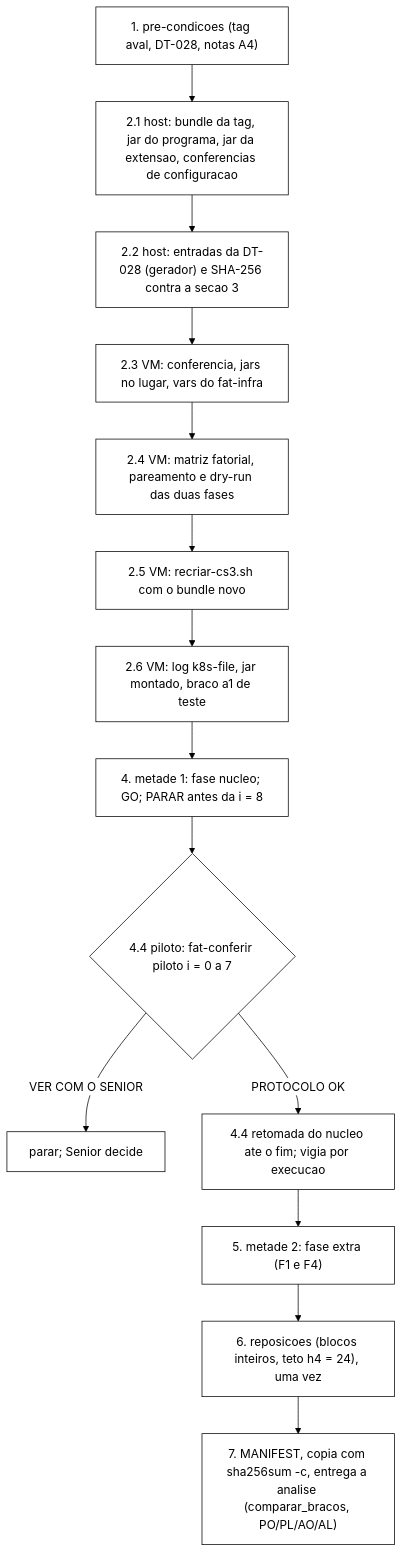
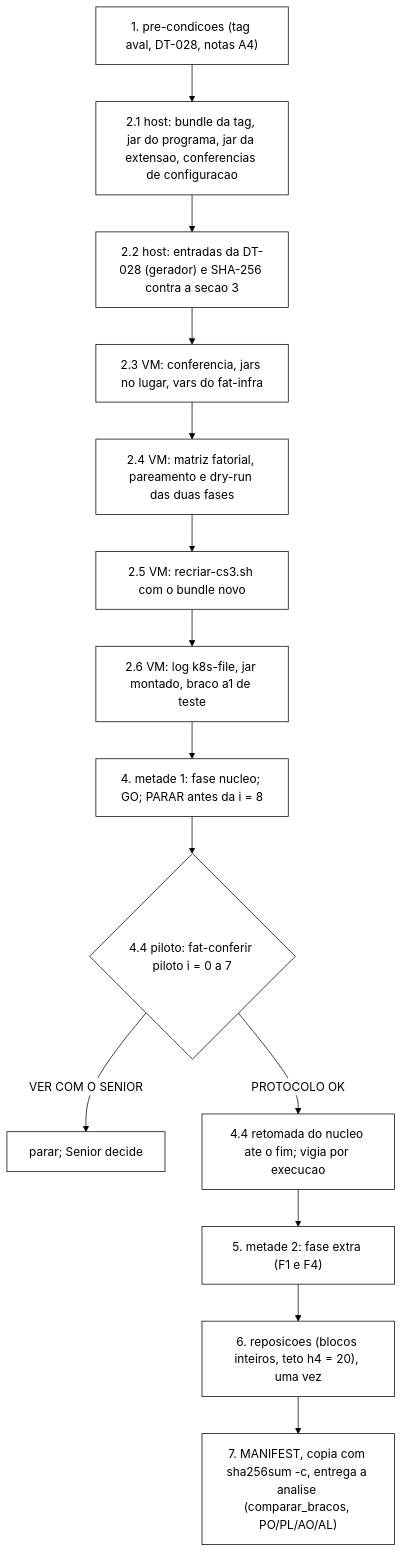
The diagram in docs/roteiro-avaliacao-fatorial-2026-11-06.md (franpgn/tcc-verificacao-formal-invariantes-sessao), drawn with Mermaid before and after one commit. The commit also changed other lines of this file, not shown here.

First line of the commit message:
docs: roteiro da avaliacao fatorial com o teto de reposicoes h4 = 20 e as notas [A4] fechadas

````diff
--- a/docs/roteiro-avaliacao-fatorial-2026-11-06.md
+++ b/docs/roteiro-avaliacao-fatorial-2026-11-06.md
@@ -56,17 +56,17 @@
 ```mermaid
 %%{init: {'theme':'base','themeVariables':{'background':'#ffffff','primaryColor':'#ffffff','primaryTextColor':'#000000','primaryBorderColor':'#000000','lineColor':'#000000','secondaryColor':'#ffffff','tertiaryColor':'#ffffff','fontFamily':'Arial'}}}%%
 flowchart TD
     P["1. pre-condicoes (tag aval, DT-028, notas A4)"] --> B["2.1 host: bundle da tag, jar do programa, jar da extensao, conferencias de configuracao"]
     B --> G["2.2 host: entradas da DT-028 (gerador) e SHA-256 contra a secao 3"]
     G --> V["2.3 VM: conferencia, jars no lugar, vars do fat-infra"]
     V --> M["2.4 VM: matriz fatorial, pareamento e dry-run das duas fases"]
     M --> R["2.5 VM: recriar-cs3.sh com o bundle novo"]
     R --> C["2.6 VM: log k8s-file, jar montado, braco a1 de teste"]
     C --> N["4. metade 1: fase nucleo; GO; PARAR antes da i = 8"]
     N --> PI{"4.4 piloto: fat-conferir piloto i = 0 a 7"}
     PI -->|VER COM O SENIOR| S["parar; Senior decide"]
     PI -->|PROTOCOLO OK| N2["4.4 retomada do nucleo ate o fim; vigia por execucao"]
     N2 --> X["5. metade 2: fase extra (F1 e F4)"]
-    X --> RP["6. reposicoes (blocos inteiros, teto h4 = 24), uma vez"]
+    X --> RP["6. reposicoes (blocos inteiros, teto h4 = 20), uma vez"]
     RP --> F["7. MANIFEST, copia com sha256sum -c, entrega a analise (comparar_bracos, PO/PL/AO/AL)"]
 ```
````
